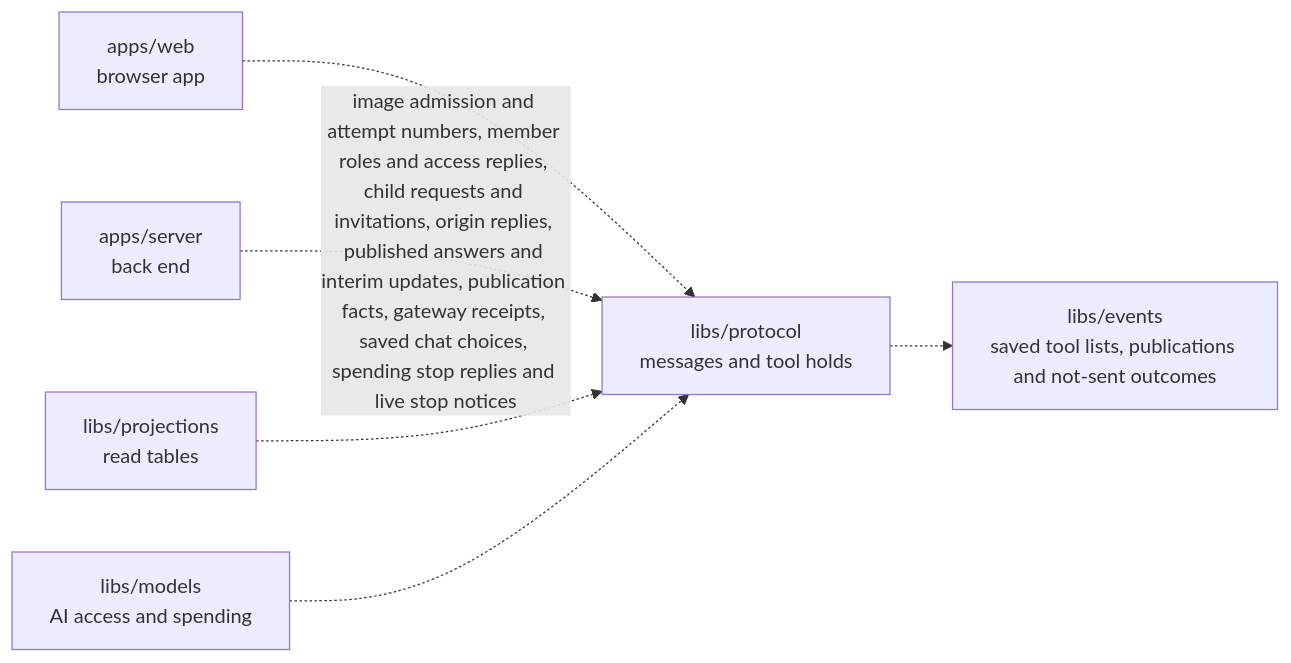
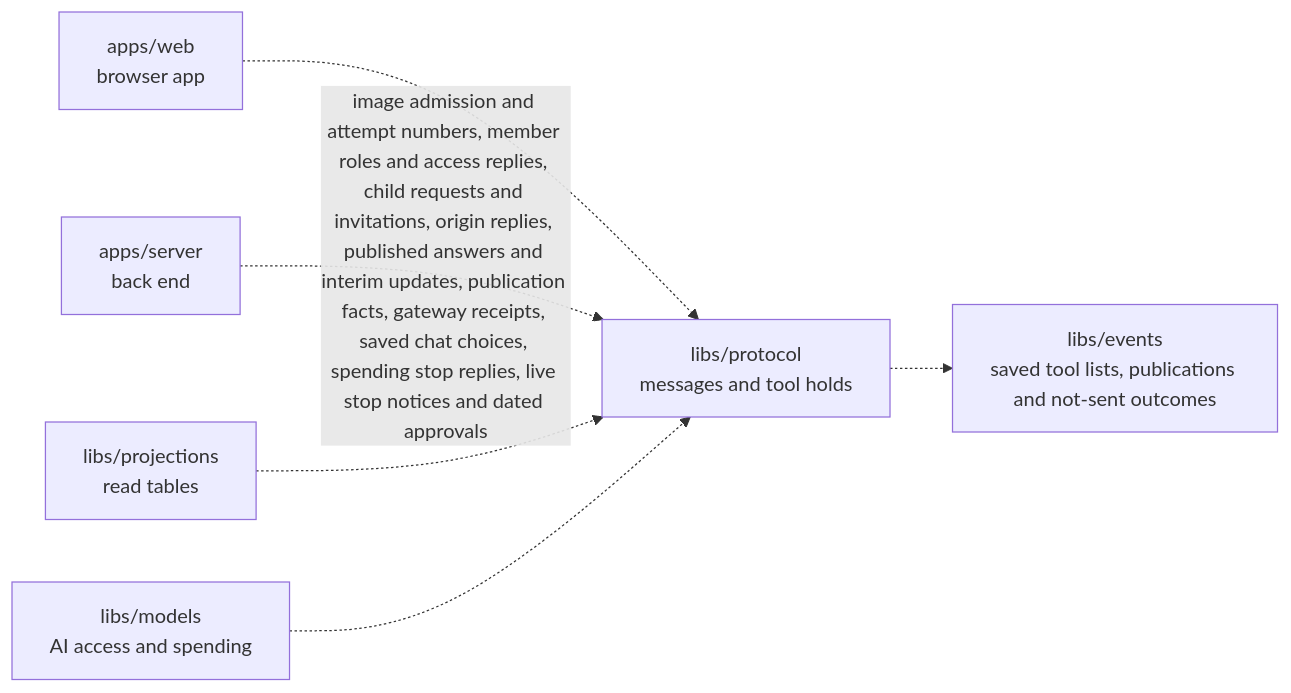
The diagram in libs/protocol/README.md (elewa-git/opencrane-new), drawn with Mermaid before and after one commit. The commit also changed other lines of this file and 19 other files, not shown here.

````diff
--- a/libs/protocol/README.md
+++ b/libs/protocol/README.md
@@ -11,8 +11,8 @@
 ```mermaid
 flowchart LR
   web["apps/web<br/>browser app"] -.-> protocol["libs/protocol<br/>messages and tool holds"]
-  server["apps/server<br/>back end"] -.->|image admission and attempt numbers, member roles and access replies, child requests and invitations, origin replies, published answers and interim updates, publication facts, gateway receipts, saved chat choices, spending stop replies and live stop notices| protocol
+  server["apps/server<br/>back end"] -.->|image admission and attempt numbers, member roles and access replies, child requests and invitations, origin replies, published answers and interim updates, publication facts, gateway receipts, saved chat choices, spending stop replies, live stop notices and dated approvals| protocol
   projections["libs/projections<br/>read tables"] -.-> protocol
   models["libs/models<br/>AI access and spending"] -.-> protocol
   protocol -.-> events["libs/events<br/>saved tool lists, publications and not-sent outcomes"]
 ```
````
